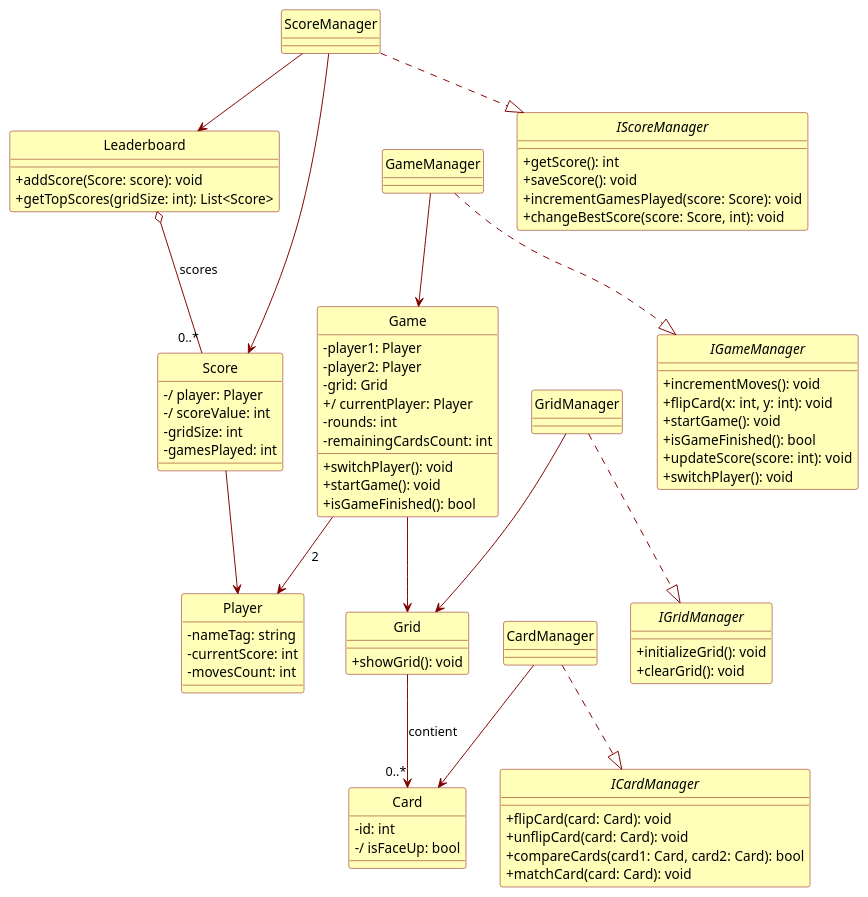
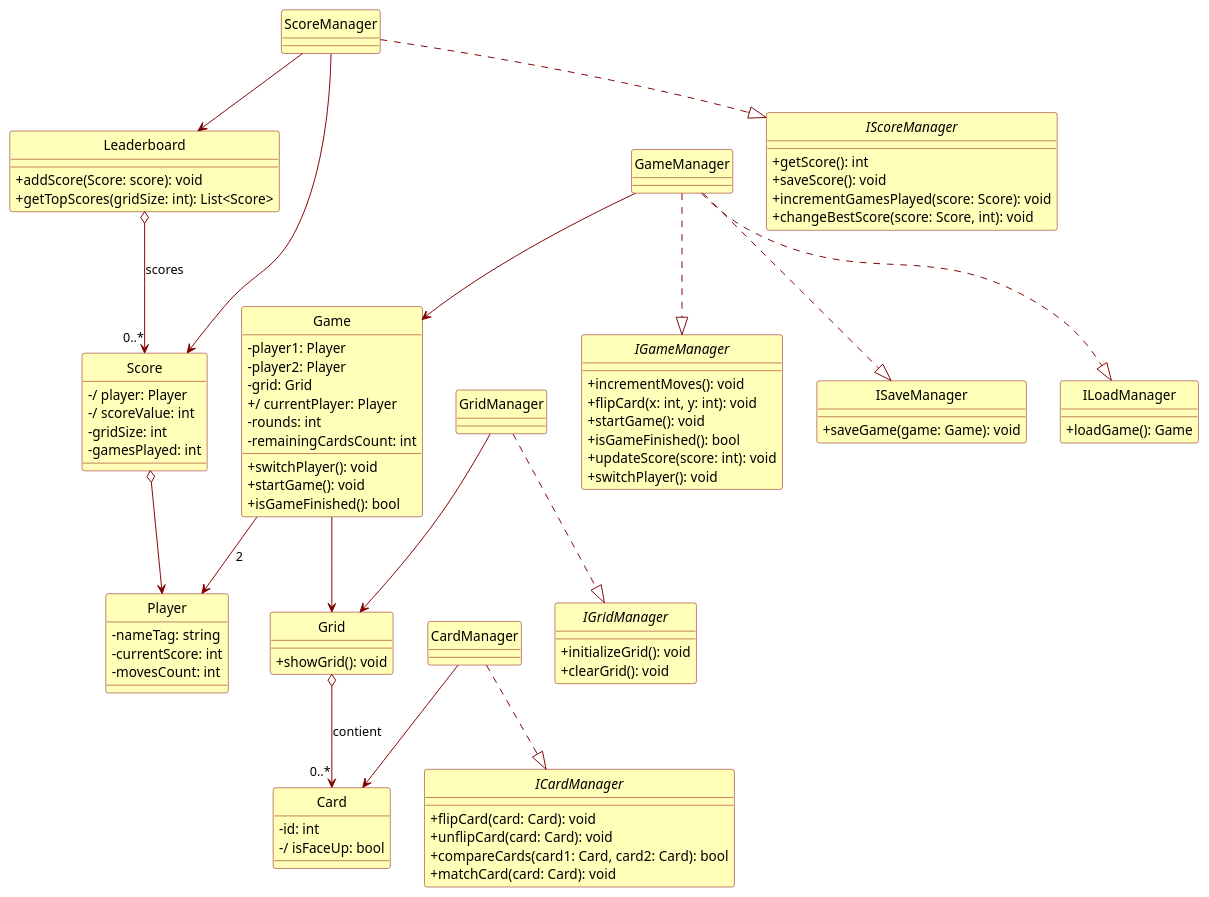
The diagram in src/Docs/Diagrammes/classes.md (PosiTr0n505/Game-Memory), drawn with PlantUML before and after one commit.

Commit message:
Mise à jour de 'src/Docs/Diagrammes/classes.md'

```diff
--- a/src/Docs/Diagrammes/classes.md
+++ b/src/Docs/Diagrammes/classes.md
@@ -25,14 +25,14 @@
 }
 
 
-Score --> Player
+Score o--> Player
 
 class Leaderboard {
     + addScore(Score: score): void
     + getTopScores(gridSize: int): List<Score>
 }
 
-Leaderboard o-- "0..*" Score : scores
+Leaderboard o--> "0..*" Score : scores
 
 class Game {
     - player1: Player
@@ -53,7 +53,7 @@
     + showGrid(): void
 }
 
-Grid --> "0..*" Card : contient
+Grid o--> "0..*" Card : contient
 
 class Card {
     - id: int
@@ -90,10 +90,20 @@
     + matchCard(card: Card): void
 }
 
+class ISaveManager {
+    + saveGame(game: Game): void
+}
+
+class ILoadManager {
+    + loadGame(): Game
+}
+
 ' ---------------- IMPLEMENTATIONS DES MANAGERS ----------------
 
 class GameManager
 GameManager ..|> IGameManager
+GameManager ..|> ISaveManager
+GameManager ..|> ILoadManager
 GameManager --> Game
 
 class ScoreManager
```
